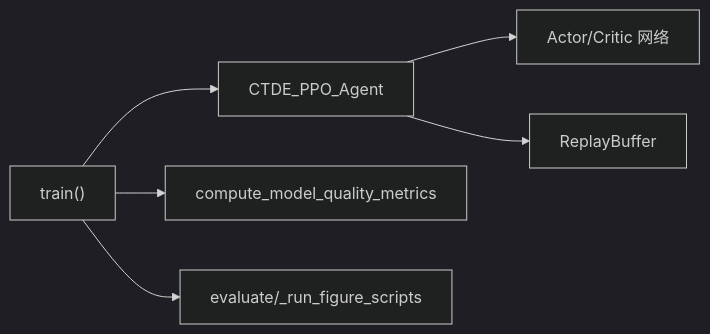
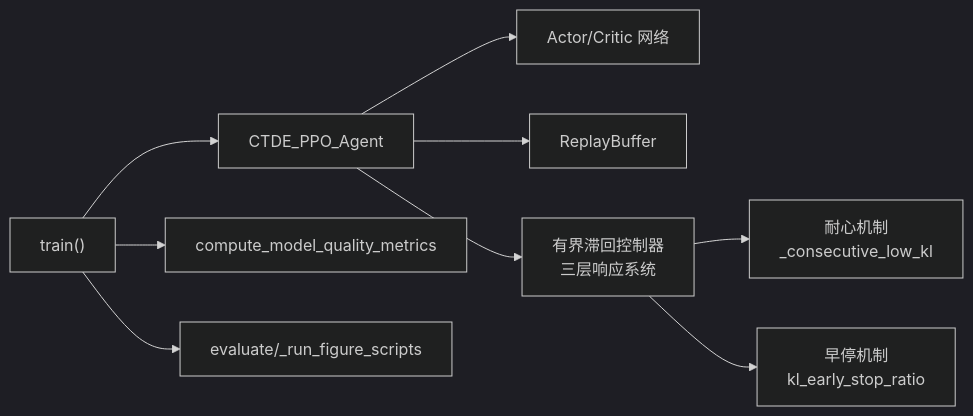
One commit to xixi10001/self_Adaptive changed the fourth of 4 diagrams in .qoder/repowiki/zh/content/项目概述/核心功能特性/CTDE-PPO算法实现/PPO算法核心实现/KL散度监控与自适应学习率.md. Above: the diagram before and after it, drawn with Mermaid (dark theme). The commit also changed other lines of this file and 94 other files, not shown here.

````diff
--- a/.qoder/repowiki/zh/content/项目概述/核心功能特性/CTDE-PPO算法实现/PPO算法核心实现/KL散度监控与自适应学习率.md
+++ b/.qoder/repowiki/zh/content/项目概述/核心功能特性/CTDE-PPO算法实现/PPO算法核心实现/KL散度监控与自适应学习率.md
@@ -190,8 +233,11 @@
 ```mermaid
 graph LR
 Train["train()"] --> Agent["CTDE_PPO_Agent"]
 Agent --> Net["Actor/Critic 网络"]
 Agent --> Buff["ReplayBuffer"]
+Agent --> Controller["有界滞回控制器<br/>三层响应系统"]
+Controller --> Patience["耐心机制<br/>_consecutive_low_kl"]
+Controller --> EarlyStop["早停机制<br/>kl_early_stop_ratio"]
 Train --> Metrics["compute_model_quality_metrics"]
 Train --> Eval["evaluate/_run_figure_scripts"]
 ```
````
